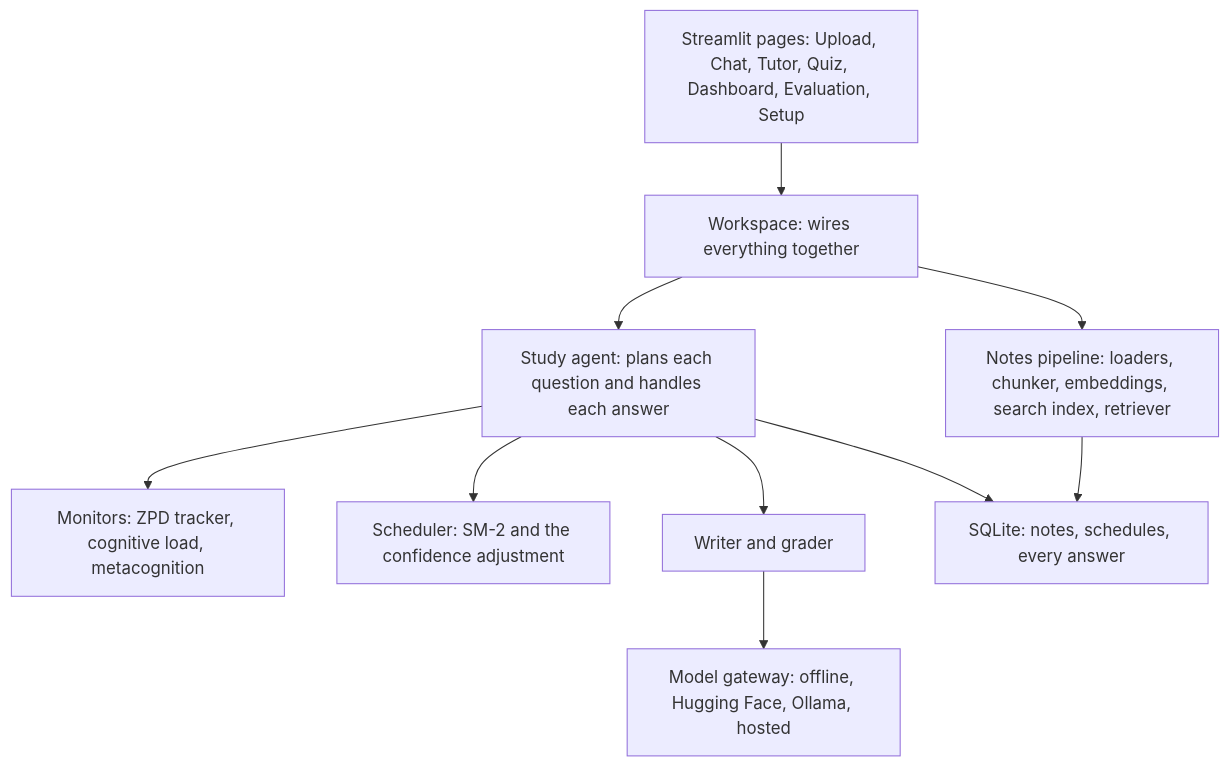
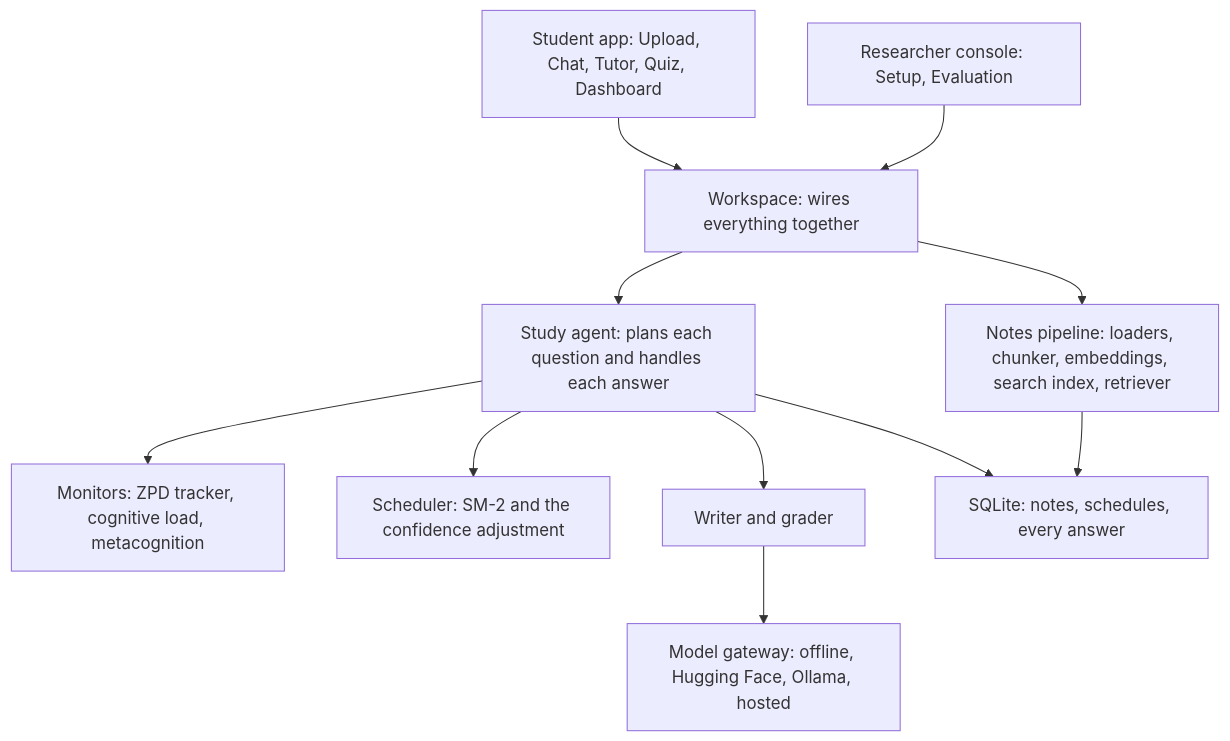
One commit to ismail113343/calibrayn changed the first of 2 diagrams in docs/architecture.md. Above: the diagram before and after it, drawn with Mermaid. The commit also changed other lines of this file and 13 other files, not shown here.

Commit message:
refactor(ui): separate the student app from the researcher console

````diff
--- a/docs/architecture.md
+++ b/docs/architecture.md
@@ -5,22 +5,24 @@
 ```mermaid
 flowchart TD
-    pages["Streamlit pages: Upload, Chat, Tutor, Quiz, Dashboard, Evaluation, Setup"]
+    pages["Student app: Upload, Chat, Tutor, Quiz, Dashboard"]
+    console["Researcher console: Setup, Evaluation"]
     workspace["Workspace: wires everything together"]
     agent["Study agent: plans each question and handles each answer"]
     monitors["Monitors: ZPD tracker, cognitive load, metacognition"]
     sched["Scheduler: SM-2 and the confidence adjustment"]
     pipeline["Notes pipeline: loaders, chunker, embeddings, search index, retriever"]
     writer["Writer and grader"]
     gateway["Model gateway: offline, Hugging Face, Ollama, hosted"]
     store["SQLite: notes, schedules, every answer"]
 
     pages --> workspace
+    console --> workspace
     workspace --> agent
     workspace --> pipeline
     agent --> monitors
     agent --> sched
     agent --> writer
     writer --> gateway
     pipeline --> store
     agent --> store
 ```
````
